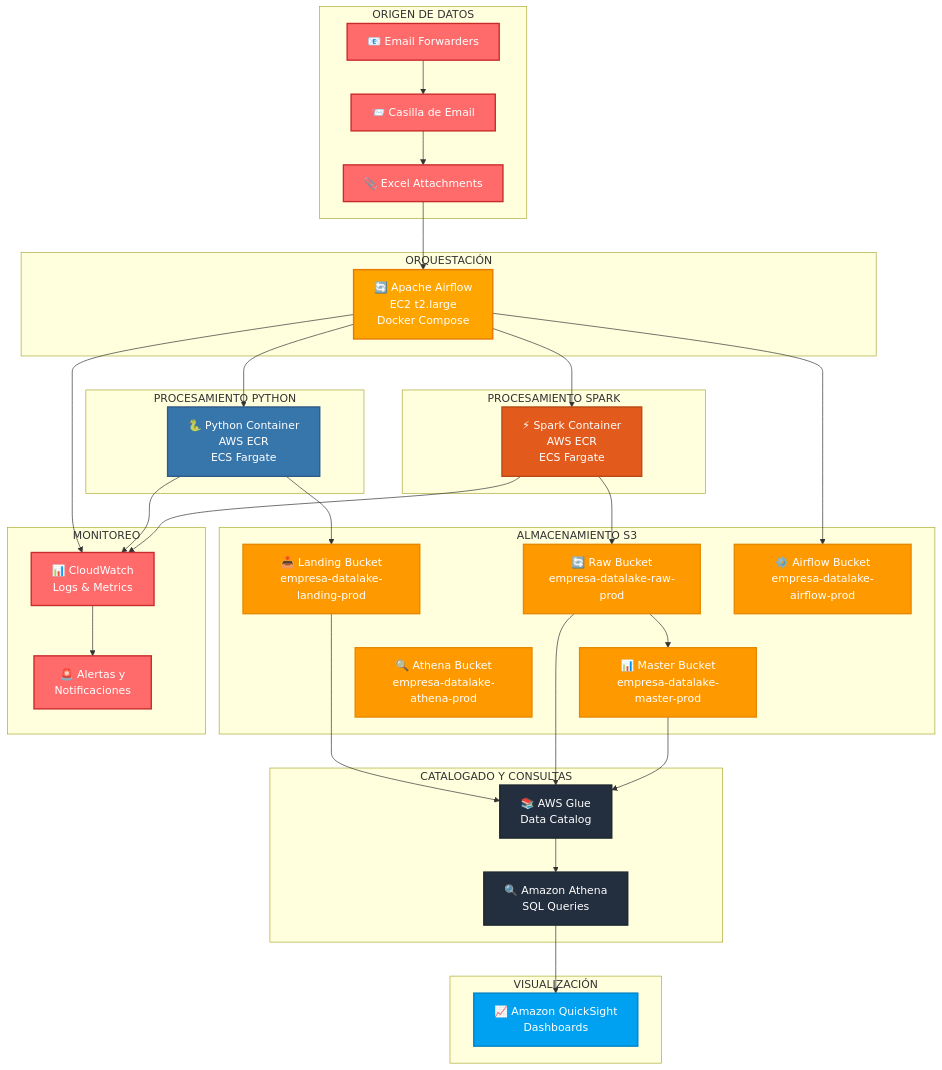
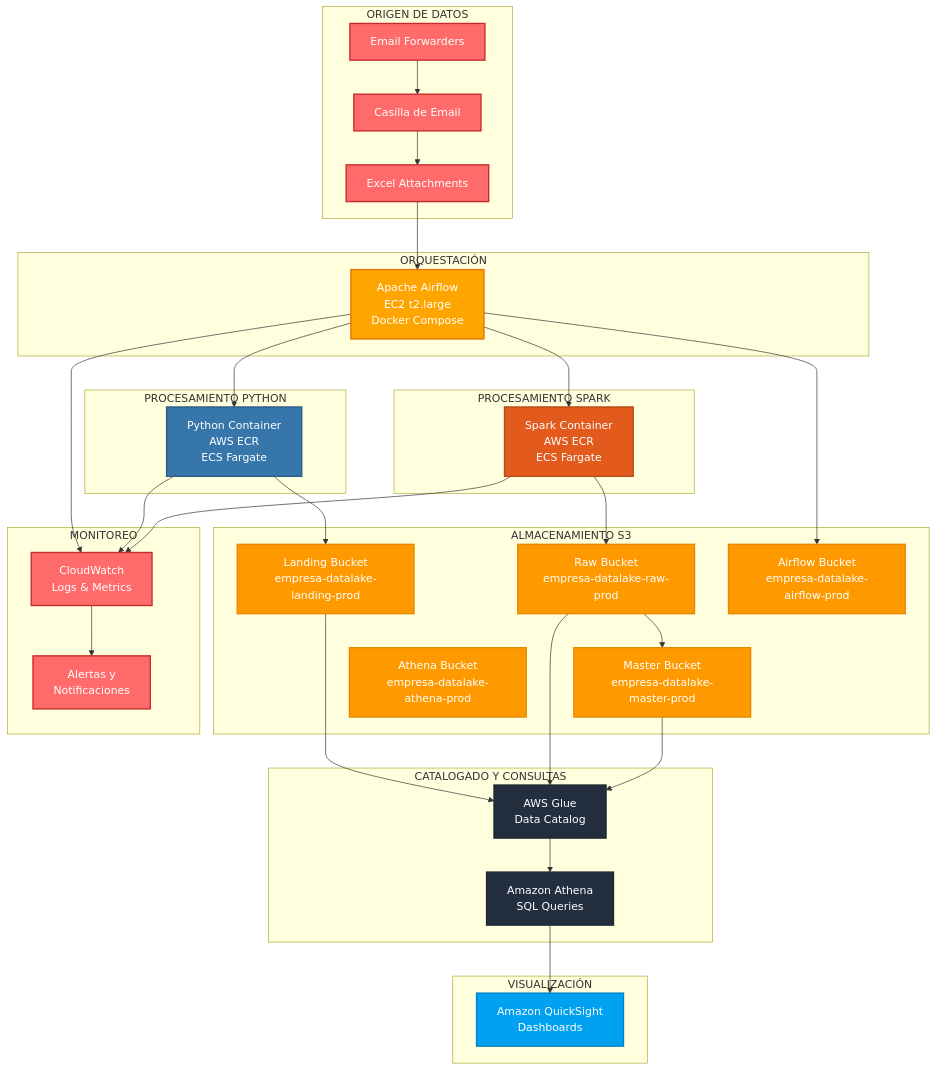
One commit to arielmmdx/offering changed the first of 3 diagrams in README.md. Above: the diagram before and after it, drawn with Mermaid. The commit also changed other lines of this file and 3 other files, not shown here.

````diff
--- a/README.md
+++ b/README.md
@@ -50,76 +50,76 @@
 ```mermaid
 graph TB
     subgraph "ORIGEN DE DATOS"
-        A[📧 Email Forwarders] --> B[📨 Casilla de Email]
-        B --> C[📎 Excel Attachments]
+        A[Email Forwarders] --> B[Casilla de Email]
+        B --> C[Excel Attachments]
     end
     
     subgraph "ORQUESTACIÓN"
-        D[🔄 Apache Airflow<br/>EC2 t2.large<br/>Docker Compose]
+        D[Apache Airflow<br/>EC2 t2.large<br/>Docker Compose]
     end
     
     subgraph "PROCESAMIENTO PYTHON"
-        E[🐍 Python Container<br/>AWS ECR<br/>ECS Fargate]
+        E[Python Container<br/>AWS ECR<br/>ECS Fargate]
     end
     
     subgraph "PROCESAMIENTO SPARK"
-        F[⚡ Spark Container<br/>AWS ECR<br/>ECS Fargate]
+        F[Spark Container<br/>AWS ECR<br/>ECS Fargate]
     end
     
     subgraph "ALMACENAMIENTO S3"
-        G[📥 Landing Bucket<br/>empresa-datalake-landing-prod]
-        H[🔄 Raw Bucket<br/>empresa-datalake-raw-prod]
-        I[📊 Master Bucket<br/>empresa-datalake-master-prod]
-        J[⚙️ Airflow Bucket<br/>empresa-datalake-airflow-prod]
-        K[🔍 Athena Bucket<br/>empresa-datalake-athena-prod]
+        G[Landing Bucket<br/>empresa-datalake-landing-prod]
+        H[Raw Bucket<br/>empresa-datalake-raw-prod]
+        I[Master Bucket<br/>empresa-datalake-master-prod]
+        J[Airflow Bucket<br/>empresa-datalake-airflow-prod]
+        K[Athena Bucket<br/>empresa-datalake-athena-prod]
     end
     
     subgraph "CATALOGADO Y CONSULTAS"
-        L[📚 AWS Glue<br/>Data Catalog]
-        M[🔍 Amazon Athena<br/>SQL Queries]
+        L[AWS Glue<br/>Data Catalog]
+        M[Amazon Athena<br/>SQL Queries]
     end
     
     subgraph "VISUALIZACIÓN"
-        N[📈 Amazon QuickSight<br/>Dashboards]
+        N[Amazon QuickSight<br/>Dashboards]
     end
     
     subgraph "MONITOREO"
-        O[📊 CloudWatch<br/>Logs & Metrics]
-        P[🚨 Alertas y<br/>Notificaciones]
+        O[CloudWatch<br/>Logs & Metrics]
+        P[Alertas y<br/>Notificaciones]
     end
     
     C --> D
     D --> E
     D --> F
     E --> G
     F --> H
     H --> I
     D --> J
     G --> L
     H --> L
     I --> L
     L --> M
     M --> N
     D --> O
     E --> O
     F --> O
     O --> P
     
     classDef email fill:#FF6B6B,stroke:#C92A2A,stroke-width:2px,color:#FFF
     classDef airflow fill:#FFA500,stroke:#E67700,stroke-width:2px,color:#FFF
     classDef python fill:#3776AB,stroke:#2E5A88,stroke-width:2px,color:#FFF
     classDef spark fill:#E25A1C,stroke:#B84A16,stroke-width:2px,color:#FFF
     classDef s3 fill:#FF9900,stroke:#E68900,stroke-width:2px,color:#FFF
     classDef aws fill:#232F3E,stroke:#1A2530,stroke-width:2px,color:#FFF
     classDef viz fill:#00A1F1,stroke:#0081C8,stroke-width:2px,color:#FFF
     classDef monitor fill:#FF6B6B,stroke:#C92A2A,stroke-width:2px,color:#FFF
     
     class A,B,C email
     class D airflow
     class E python
     class F spark
     class G,H,I,J,K s3
     class L,M aws
     class N viz
     class O,P monitor
 ```
````
